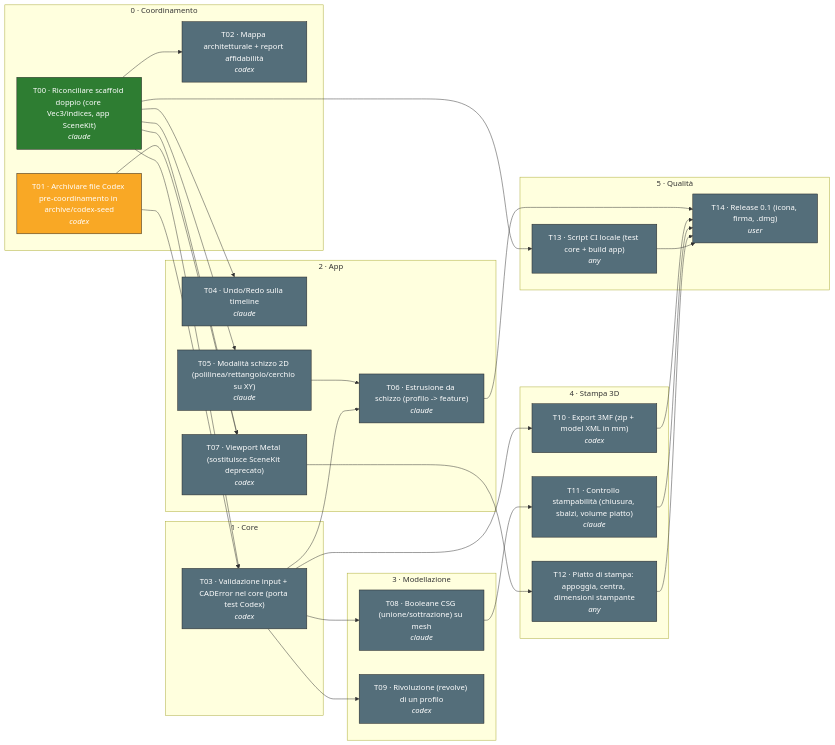
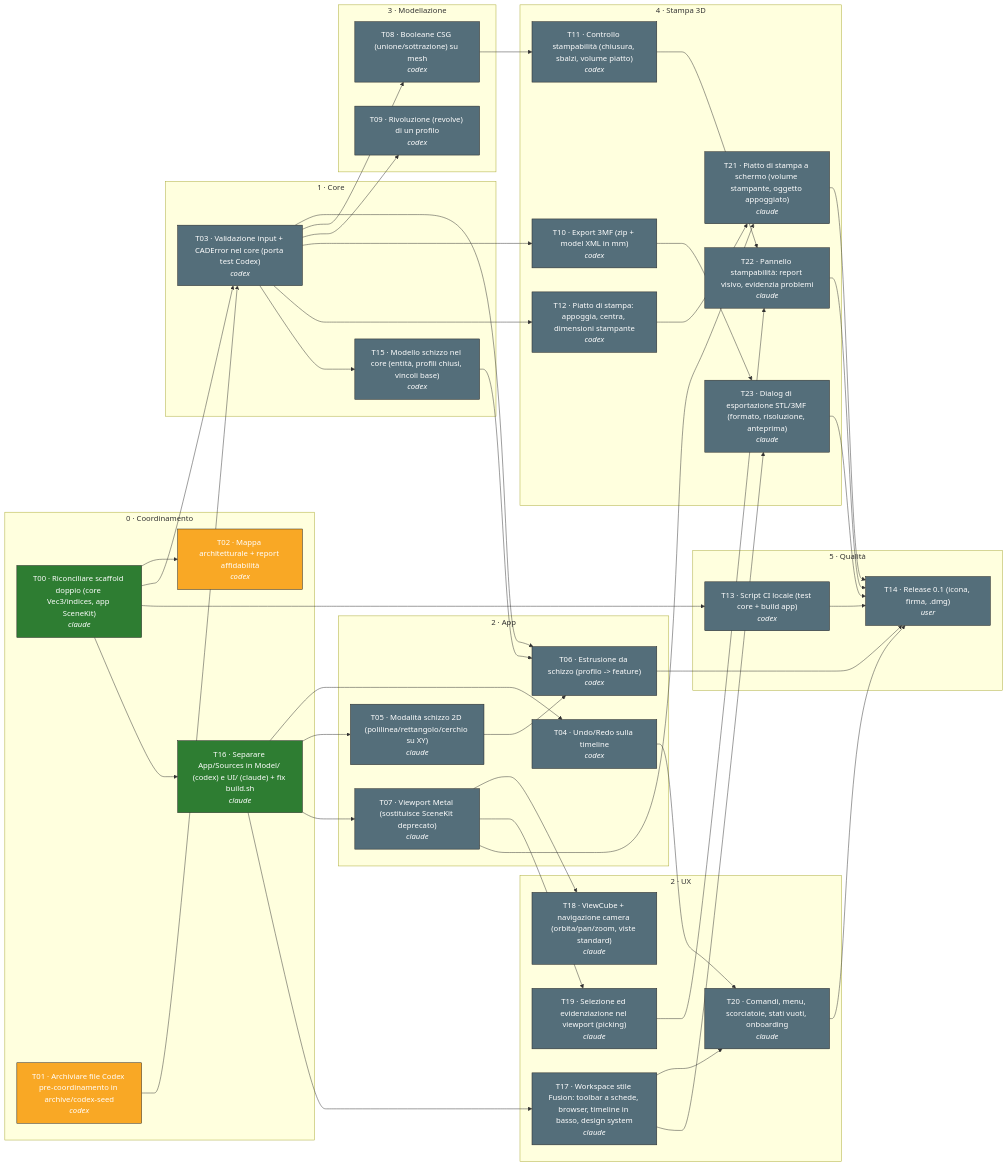
The diagram in docs/graph/GRAPH.md (t4k3/cad-takeoff), drawn with Mermaid before and after one commit. The commit also changed other lines of this file and 10 other files, not shown here.

Commit message:
[T16] Ruoli Claude=UX / Codex=funzionalità; App/Sources diviso in Model e UI; build.sh con exit reale

````diff
--- a/docs/graph/GRAPH.md
+++ b/docs/graph/GRAPH.md
@@ -7,54 +7,79 @@
 ```mermaid
 flowchart LR
   subgraph P0["0 · Coordinamento"]
     T00["T00 · Riconciliare scaffold doppio (core Vec3/indices, app SceneKit)<br/><i>claude</i>"]:::done
     T01["T01 · Archiviare file Codex pre-coordinamento in archive/codex-seed<br/><i>codex</i>"]:::in_progress
-    T02["T02 · Mappa architetturale + report affidabilità<br/><i>codex</i>"]:::todo
+    T02["T02 · Mappa architetturale + report affidabilità<br/><i>codex</i>"]:::in_progress
+    T16["T16 · Separare App/Sources in Model/ (codex) e UI/ (claude) + fix build.sh<br/><i>claude</i>"]:::done
   end
   subgraph P1["1 · Core"]
     T03["T03 · Validazione input + CADError nel core (porta test Codex)<br/><i>codex</i>"]:::todo
+    T15["T15 · Modello schizzo nel core (entità, profili chiusi, vincoli base)<br/><i>codex</i>"]:::todo
   end
   subgraph P2["2 · App"]
-    T04["T04 · Undo/Redo sulla timeline<br/><i>claude</i>"]:::todo
+    T04["T04 · Undo/Redo sulla timeline<br/><i>codex</i>"]:::todo
     T05["T05 · Modalità schizzo 2D (polilinea/rettangolo/cerchio su XY)<br/><i>claude</i>"]:::todo
-    T06["T06 · Estrusione da schizzo (profilo -> feature)<br/><i>claude</i>"]:::todo
-    T07["T07 · Viewport Metal (sostituisce SceneKit deprecato)<br/><i>codex</i>"]:::todo
+    T06["T06 · Estrusione da schizzo (profilo -> feature)<br/><i>codex</i>"]:::todo
+    T07["T07 · Viewport Metal (sostituisce SceneKit deprecato)<br/><i>claude</i>"]:::todo
   end
   subgraph P3["3 · Modellazione"]
-    T08["T08 · Booleane CSG (unione/sottrazione) su mesh<br/><i>claude</i>"]:::todo
+    T08["T08 · Booleane CSG (unione/sottrazione) su mesh<br/><i>codex</i>"]:::todo
     T09["T09 · Rivoluzione (revolve) di un profilo<br/><i>codex</i>"]:::todo
   end
   subgraph P4["4 · Stampa 3D"]
     T10["T10 · Export 3MF (zip + model XML in mm)<br/><i>codex</i>"]:::todo
-    T11["T11 · Controllo stampabilità (chiusura, sbalzi, volume piatto)<br/><i>claude</i>"]:::todo
-    T12["T12 · Piatto di stampa: appoggia, centra, dimensioni stampante<br/><i>any</i>"]:::todo
+    T11["T11 · Controllo stampabilità (chiusura, sbalzi, volume piatto)<br/><i>codex</i>"]:::todo
+    T12["T12 · Piatto di stampa: appoggia, centra, dimensioni stampante<br/><i>codex</i>"]:::todo
+    T21["T21 · Piatto di stampa a schermo (volume stampante, oggetto appoggiato)<br/><i>claude</i>"]:::todo
+    T22["T22 · Pannello stampabilità: report visivo, evidenzia problemi<br/><i>claude</i>"]:::todo
+    T23["T23 · Dialog di esportazione STL/3MF (formato, risoluzione, anteprima)<br/><i>claude</i>"]:::todo
   end
   subgraph P5["5 · Qualità"]
-    T13["T13 · Script CI locale (test core + build app)<br/><i>any</i>"]:::todo
+    T13["T13 · Script CI locale (test core + build app)<br/><i>codex</i>"]:::todo
     T14["T14 · Release 0.1 (icona, firma, .dmg)<br/><i>user</i>"]:::todo
+  end
+  subgraph P6["2 · UX"]
+    T17["T17 · Workspace stile Fusion: toolbar a schede, browser, timeline in basso, design system<br/><i>claude</i>"]:::todo
+    T18["T18 · ViewCube + navigazione camera (orbita/pan/zoom, viste standard)<br/><i>claude</i>"]:::todo
+    T19["T19 · Selezione ed evidenziazione nel viewport (picking)<br/><i>claude</i>"]:::todo
+    T20["T20 · Comandi, menu, scorciatoie, stati vuoti, onboarding<br/><i>claude</i>"]:::todo
   end
   T00 --> T02
   T00 --> T03
   T01 --> T03
-  T00 --> T04
-  T00 --> T05
+  T16 --> T04
+  T16 --> T05
   T05 --> T06
+  T15 --> T06
   T03 --> T06
-  T00 --> T07
-  T01 --> T07
+  T16 --> T07
   T03 --> T08
   T03 --> T09
   T03 --> T10
   T08 --> T11
-  T07 --> T12
+  T03 --> T12
   T00 --> T13
   T06 --> T14
-  T10 --> T14
-  T11 --> T14
-  T12 --> T14
+  T20 --> T14
+  T21 --> T14
+  T22 --> T14
+  T23 --> T14
   T13 --> T14
+  T03 --> T15
+  T00 --> T16
+  T16 --> T17
+  T07 --> T18
+  T07 --> T19
+  T17 --> T20
+  T04 --> T20
+  T07 --> T21
+  T12 --> T21
+  T11 --> T22
+  T19 --> T22
+  T10 --> T23
+  T17 --> T23
   classDef done fill:#2e7d32,color:#fff,stroke:#222
   classDef in_progress fill:#f9a825,color:#fff,stroke:#222
   classDef blocked fill:#c62828,color:#fff,stroke:#222
   classDef todo fill:#546e7a,color:#fff,stroke:#222
 ```
````
